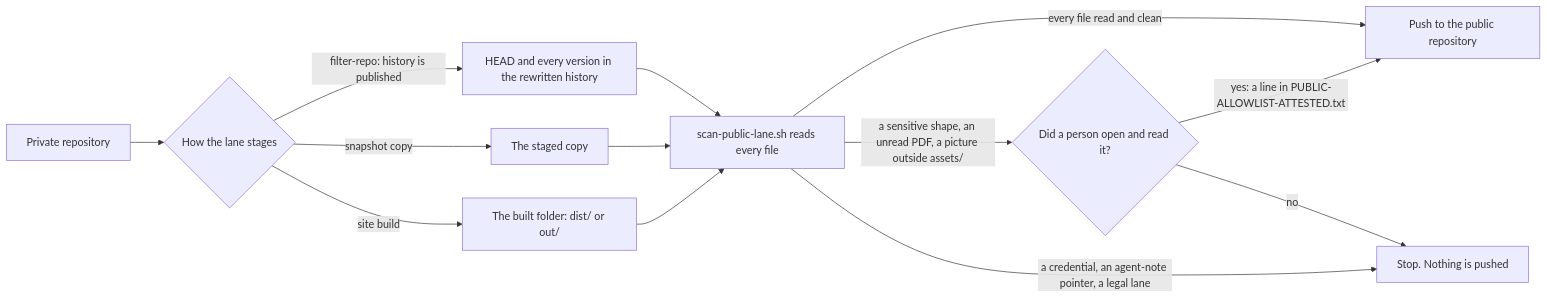
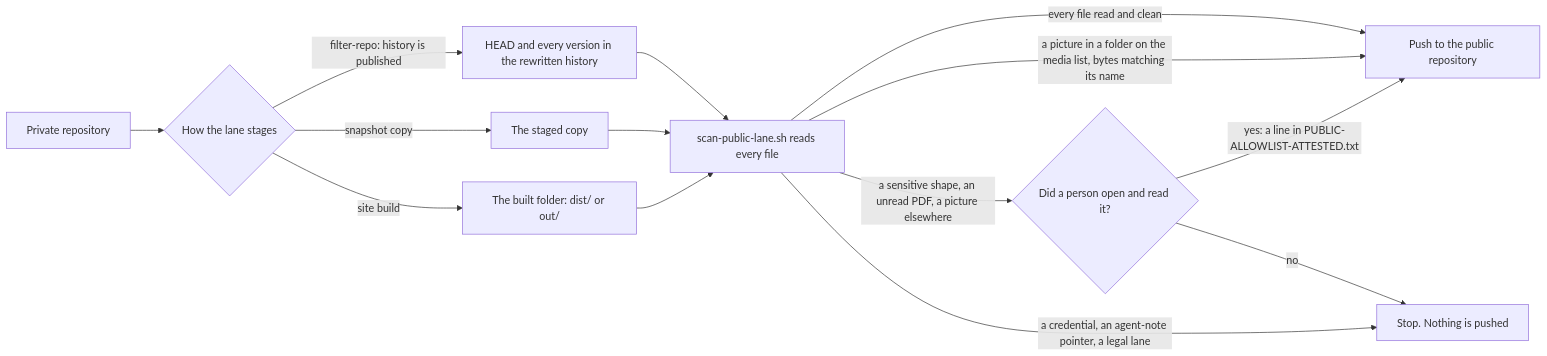
Before and after one commit to drasticstatic/my-template: the diagram in sop-template/TRIPWIRE-COPIES.md, drawn with Mermaid. The commit also changed other lines of this file, not shown here.

````diff
--- a/sop-template/TRIPWIRE-COPIES.md
+++ b/sop-template/TRIPWIRE-COPIES.md
@@ -226,15 +148,16 @@
 ```mermaid
 flowchart LR
   A[Private repository] --> B{How the lane stages}
   B -->|filter-repo: history is published| C[HEAD and every version in the rewritten history]
   B -->|snapshot copy| D[The staged copy]
   B -->|site build| E[The built folder: dist/ or out/]
   C --> F[scan-public-lane.sh reads every file]
   D --> F
   E --> F
   F -->|every file read and clean| G[Push to the public repository]
-  F -->|a sensitive shape, an unread PDF, a picture outside assets/| H{Did a person open and read it?}
+  F -->|a picture in a folder on the media list, bytes matching its name| G
+  F -->|a sensitive shape, an unread PDF, a picture elsewhere| H{Did a person open and read it?}
   H -->|yes: a line in PUBLIC-ALLOWLIST-ATTESTED.txt| G
   H -->|no| X[Stop. Nothing is pushed]
   F -->|a credential, an agent-note pointer, a legal lane| X
 ```
````
